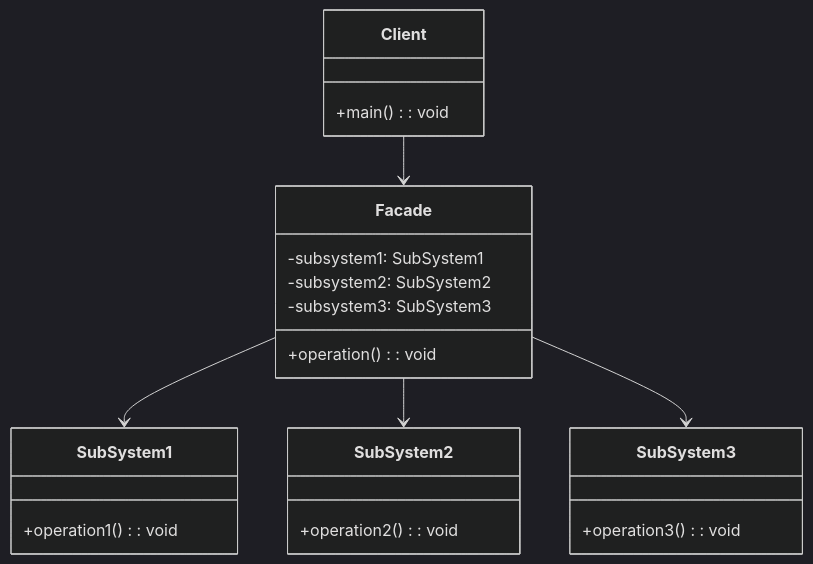
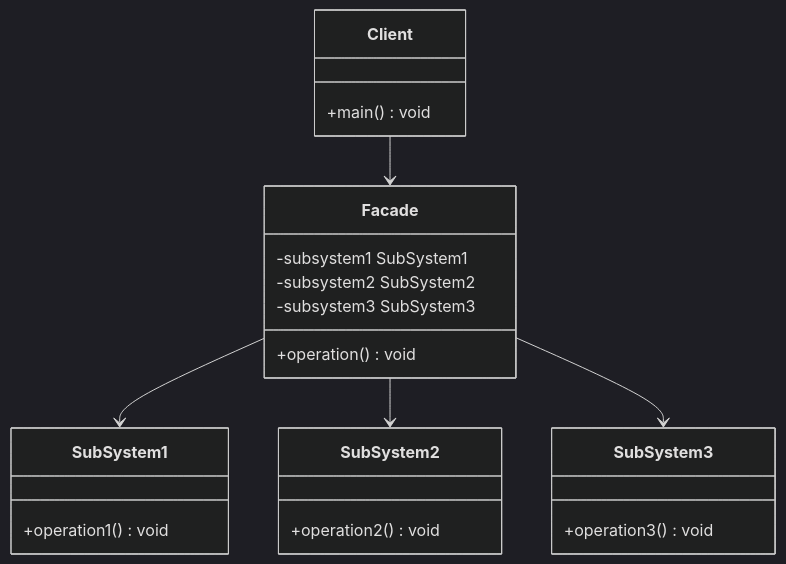
One commit to chihhung/Blog changed diagram 11 of 29 in content/posts/教學/分析與設計/Design Pattern教學.md. Above: the diagram before and after it, drawn with Mermaid (dark theme). The commit also changed other lines of this file and 5 other files, not shown here.

````diff
--- a/content/posts/教學/分析與設計/Design Pattern教學.md
+++ b/content/posts/教學/分析與設計/Design Pattern教學.md
@@ -1891,30 +1891,30 @@
 ```mermaid
 classDiagram
     class Facade {
-        -subsystem1: SubSystem1
-        -subsystem2: SubSystem2
-        -subsystem3: SubSystem3
-        +operation(): void
+        -subsystem1 SubSystem1
+        -subsystem2 SubSystem2
+        -subsystem3 SubSystem3
+        +operation() void
     }
     
     class SubSystem1 {
-        +operation1(): void
+        +operation1() void
     }
     
     class SubSystem2 {
-        +operation2(): void
+        +operation2() void
     }
     
     class SubSystem3 {
-        +operation3(): void
+        +operation3() void
     }
     
     class Client {
-        +main(): void
+        +main() void
     }
     
     Facade --> SubSystem1
     Facade --> SubSystem2
     Facade --> SubSystem3
     Client --> Facade
 ```
````
